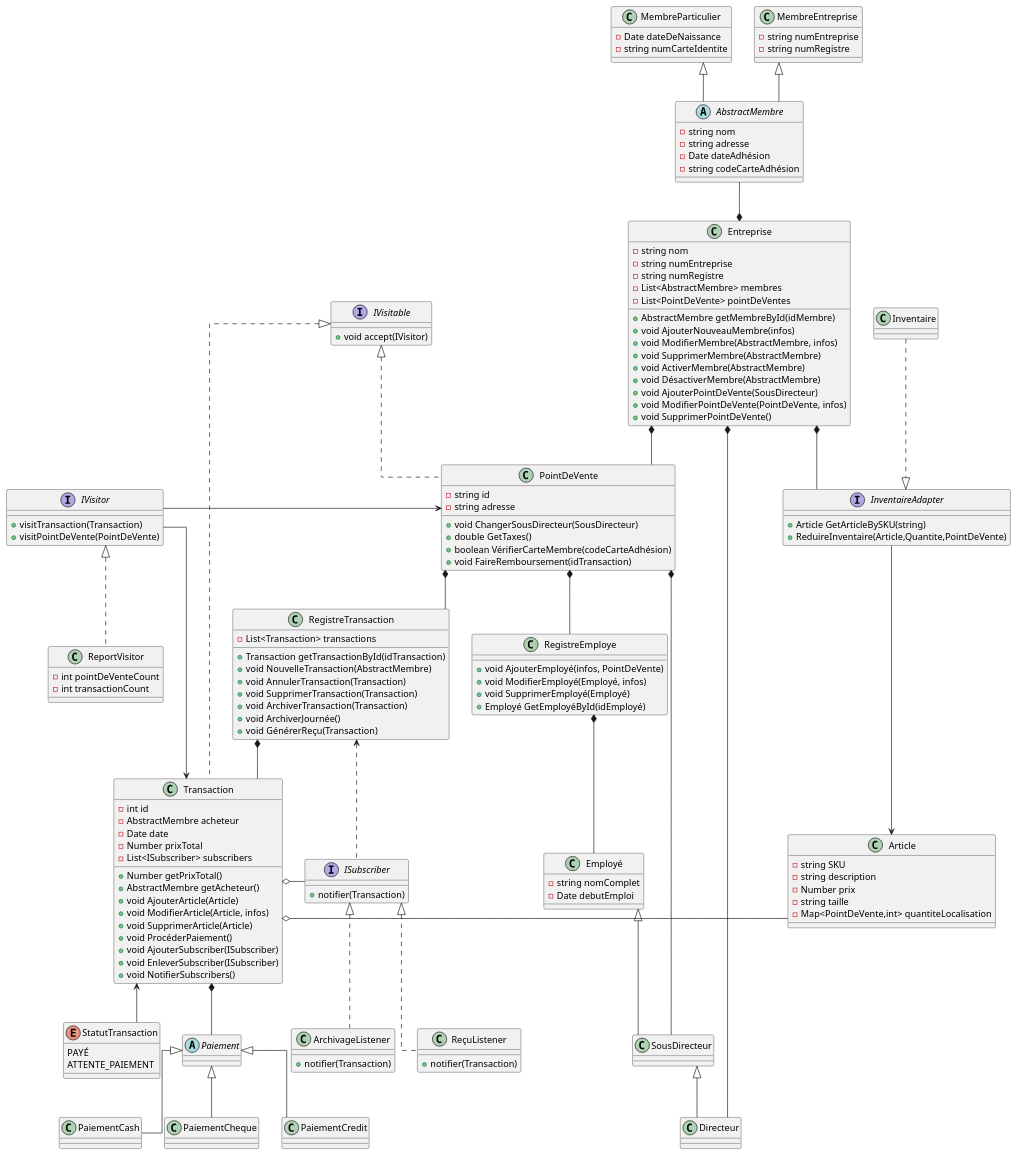
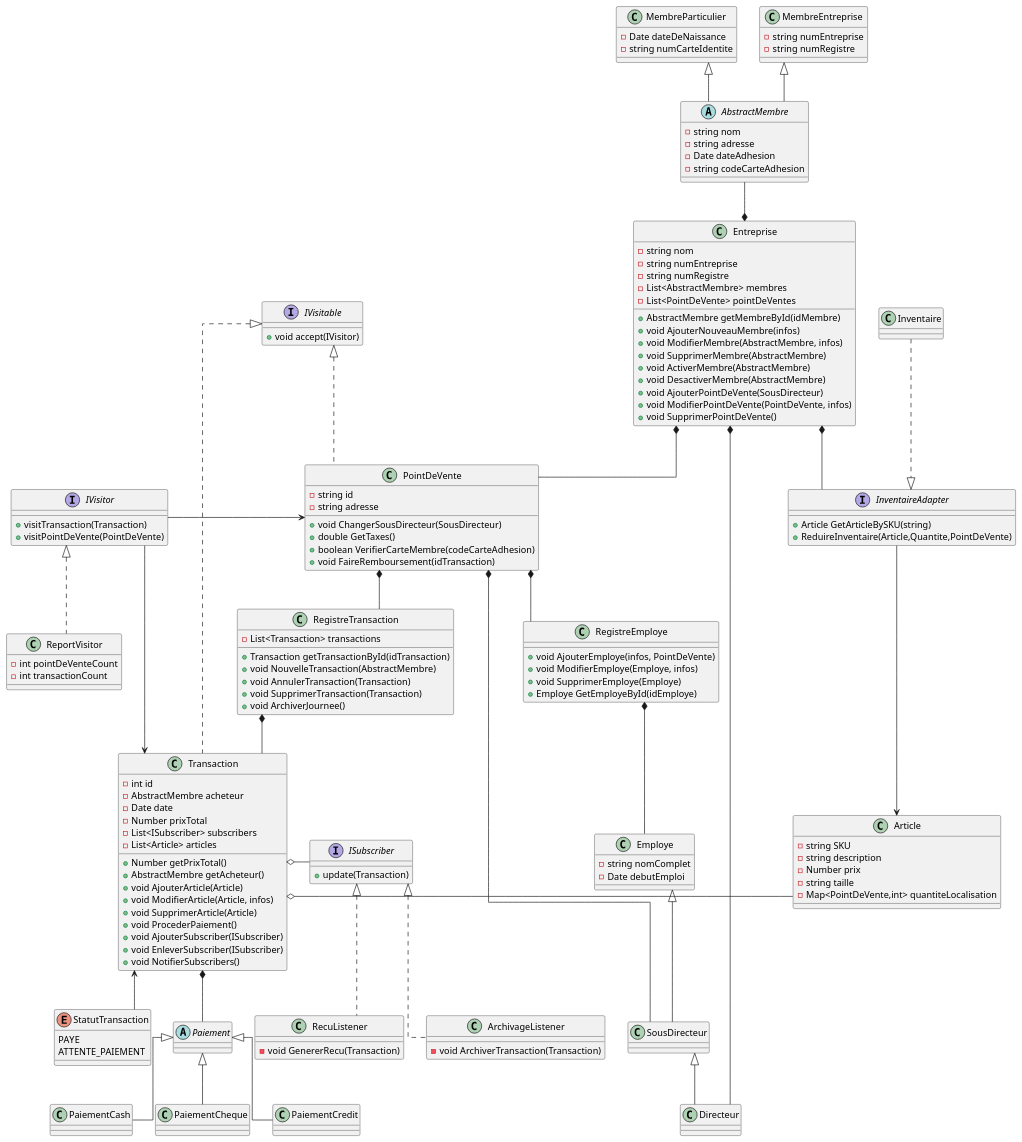
The diagram in diagram.puml (SamBolduc/INF1011-TP2), drawn with PlantUML before and after one commit. The commit also changed 1 other file, not shown here.

```diff
--- a/diagram.puml
+++ b/diagram.puml
@@ -1,181 +1,184 @@
+@startuml
+
 skinparam linetype ortho
 
 abstract class AbstractMembre {
 - string nom
 - string adresse
-- Date dateAdhésion
-- string codeCarteAdhésion
+- Date dateAdhesion
+- string codeCarteAdhesion
 }
 
 class MembreParticulier {
 - Date dateDeNaissance
 - string numCarteIdentite
 }
 
 class MembreEntreprise {
 - string numEntreprise
 - string numRegistre
 }
 
 class RegistreEmploye{
-  + void AjouterEmployé(infos, PointDeVente)
-  + void ModifierEmployé(Employé, infos)
-  + void SupprimerEmployé(Employé)
-  + Employé GetEmployéById(idEmployé)
+  + void AjouterEmploye(infos, PointDeVente)
+  + void ModifierEmploye(Employe, infos)
+  + void SupprimerEmploye(Employe)
+  + Employe GetEmployeById(idEmploye)
 }
 
 interface IVisitable {
 +void accept(IVisitor)
 }
 
 interface IVisitor {
     +visitTransaction(Transaction)
     +visitPointDeVente(PointDeVente)
 }
 
 IVisitor -> PointDeVente
 IVisitor -> Transaction
 class ReportVisitor implements IVisitor {
     -int pointDeVenteCount
     -int transactionCount
 }
 
 
-class Employé {
+class Employe {
 - string nomComplet
 - Date debutEmploi
 }
 
 class SousDirecteur {
 
 }
 
 class Directeur {
 
 }
 
 class Transaction implements IVisitable {
 - int id
 - AbstractMembre acheteur
 - Date date
 - Number prixTotal
 - List<ISubscriber> subscribers
+- List<Article> articles
 + Number getPrixTotal()
 + AbstractMembre getAcheteur()
 + void AjouterArticle(Article)
 + void ModifierArticle(Article, infos)
 + void SupprimerArticle(Article)
-+ void ProcéderPaiement()
++ void ProcederPaiement()
 + void AjouterSubscriber(ISubscriber)
 + void EnleverSubscriber(ISubscriber)
 + void NotifierSubscribers()
 }
 
 class Article {
   - string SKU
   - string description
   - Number prix
   - string taille
   - Map<PointDeVente,int> quantiteLocalisation
 }
 
 class RegistreTransaction {
 - List<Transaction> transactions
 + Transaction getTransactionById(idTransaction)
 + void NouvelleTransaction(AbstractMembre)
 + void AnnulerTransaction(Transaction)
 + void SupprimerTransaction(Transaction)
-+ void ArchiverTransaction(Transaction)
-+ void ArchiverJournée()
-+ void GénérerReçu(Transaction)
++ void ArchiverJournee()
 }
 
 enum StatutTransaction{
-PAYÉ
+PAYE
 ATTENTE_PAIEMENT
 }
 
 class Entreprise {
 - string nom
 - string numEntreprise
 - string numRegistre
 - List<AbstractMembre> membres
 - List<PointDeVente> pointDeVentes
 + AbstractMembre getMembreById(idMembre)
 + void AjouterNouveauMembre(infos)
 + void ModifierMembre(AbstractMembre, infos)
 + void SupprimerMembre(AbstractMembre)
 + void ActiverMembre(AbstractMembre)
-+ void DésactiverMembre(AbstractMembre)
++ void DesactiverMembre(AbstractMembre)
 + void AjouterPointDeVente(SousDirecteur)
 + void ModifierPointDeVente(PointDeVente, infos)
 + void SupprimerPointDeVente()
 
 }
 
 class PointDeVente implements IVisitable{
   - string id
   - string adresse
   + void ChangerSousDirecteur(SousDirecteur)
   + double GetTaxes()
-  + boolean VérifierCarteMembre(codeCarteAdhésion)
+  + boolean VerifierCarteMembre(codeCarteAdhesion)
   + void FaireRemboursement(idTransaction)
 }
 
 interface InventaireAdapter {
   +Article GetArticleBySKU(string)
   +ReduireInventaire(Article,Quantite,PointDeVente)
 }
 
 
 class Inventaire
 
 interface ISubscriber {
-+ notifier(Transaction)
++ update(Transaction)
 }
 
-class ReçuListener implements ISubscriber {
-+ notifier(Transaction) 
+class RecuListener implements ISubscriber {
+    - void GenererRecu(Transaction)
 }
 
 class ArchivageListener implements ISubscriber {
-+ notifier(Transaction) 
+    - void ArchiverTransaction(Transaction)
 }
 
 Inventaire ..|> InventaireAdapter
 
 abstract class Paiement {}
 
 class PaiementCredit {}
 
 class PaiementCash {}
 
 class PaiementCheque {}
 
-Employé <|-- SousDirecteur
+Employe <|-- SousDirecteur
 SousDirecteur <|-- Directeur
 
 Paiement <|-- PaiementCredit
 Paiement <|-- PaiementCash
 Paiement <|-- PaiementCheque
 
 Entreprise *-- PointDeVente
 PointDeVente *-- RegistreEmploye
 Entreprise *-- InventaireAdapter
 InventaireAdapter --> Article
 Entreprise *-- Directeur
 PointDeVente *-- SousDirecteur
-RegistreEmploye *-- Employé
+RegistreEmploye *-- Employe
 PointDeVente *-- RegistreTransaction
 
 RegistreTransaction *-- Transaction
 Transaction <-- StatutTransaction
 Transaction *-- Paiement
 Transaction o- Article
 
 AbstractMembre --* Entreprise
 MembreParticulier<|-- AbstractMembre
 MembreEntreprise <|-- AbstractMembre
 
 Transaction o- ISubscriber
-RegistreTransaction <.. ISubscriber
+
+
+@enduml
```
